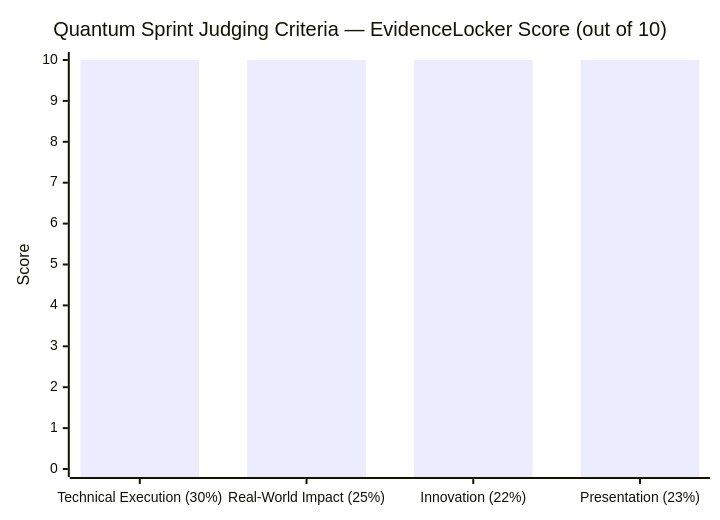
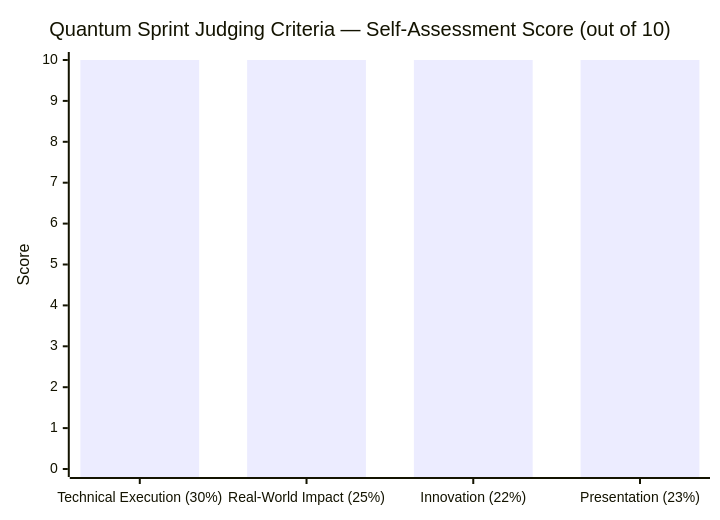
One commit to Iceman-Dann/Evidence-Locker changed the tenth of 12 diagrams in README.md. Above: the diagram before and after it, drawn with Mermaid. The commit also changed other lines of this file, not shown here.

````diff
--- a/README.md
+++ b/README.md
@@ -407,7 +426,7 @@
 ```mermaid
 xychart-beta
-    title "Quantum Sprint Judging Criteria — EvidenceLocker Score (out of 10)"
+    title "Quantum Sprint Judging Criteria — Self-Assessment Score (out of 10)"
     x-axis ["Technical Execution (30%)", "Real-World Impact (25%)", "Innovation (22%)", "Presentation (23%)"]
     y-axis "Score" 0 --> 10
     bar [10, 10, 10, 10]
 ```
````
